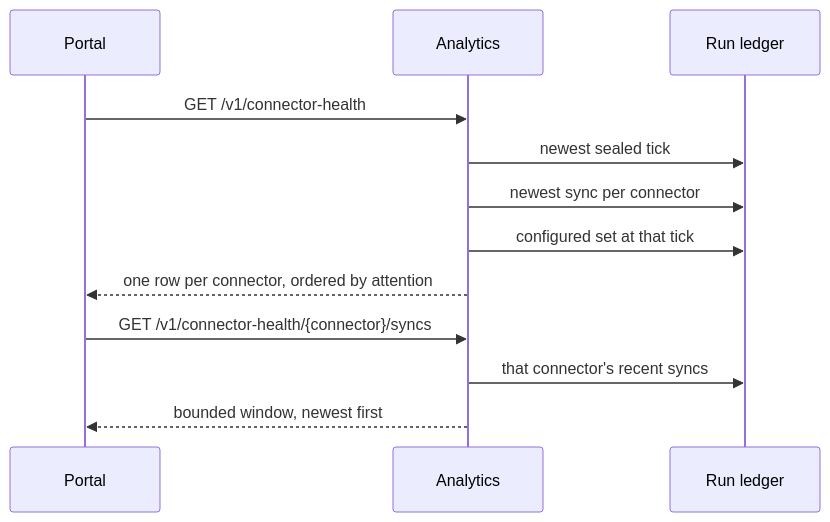
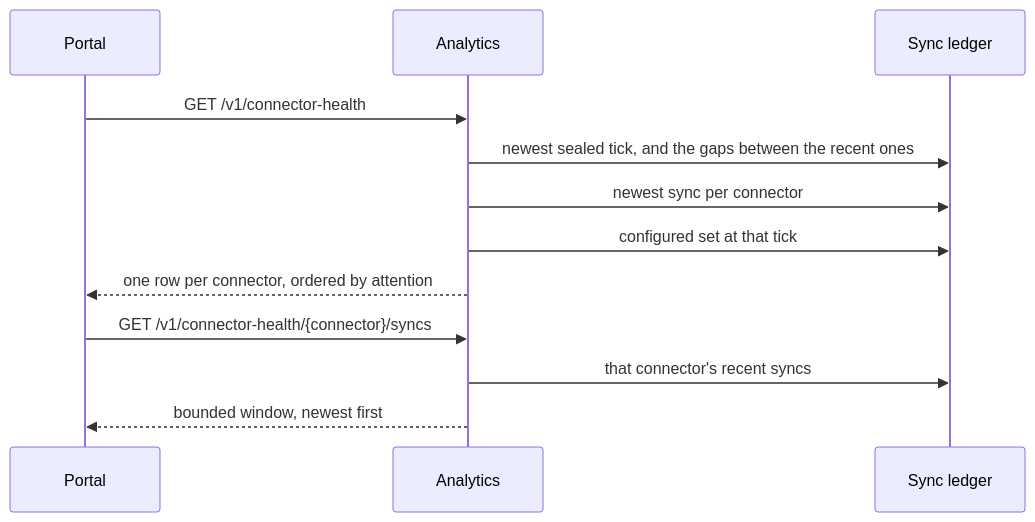
The second of 2 diagrams in docs/components/backend/analytics/specs/connector-health/DESIGN.md (constructorfabric/insight), drawn with Mermaid before and after one commit. The commit also changed other lines of this file and 1 other file, not shown here.

````diff
--- a/docs/components/backend/analytics/specs/connector-health/DESIGN.md
+++ b/docs/components/backend/analytics/specs/connector-health/DESIGN.md
@@ -393,15 +446,15 @@
 ```mermaid
 sequenceDiagram
     participant P as Portal
     participant A as Analytics
-    participant L as Run ledger
+    participant L as Sync ledger
 
     P->>A: GET /v1/connector-health
-    A->>L: newest sealed tick
+    A->>L: newest sealed tick, and the gaps between the recent ones
     A->>L: newest sync per connector
     A->>L: configured set at that tick
     A-->>P: one row per connector, ordered by attention
     P->>A: GET /v1/connector-health/{connector}/syncs
     A->>L: that connector's recent syncs
     A-->>P: bounded window, newest first
 ```
````
